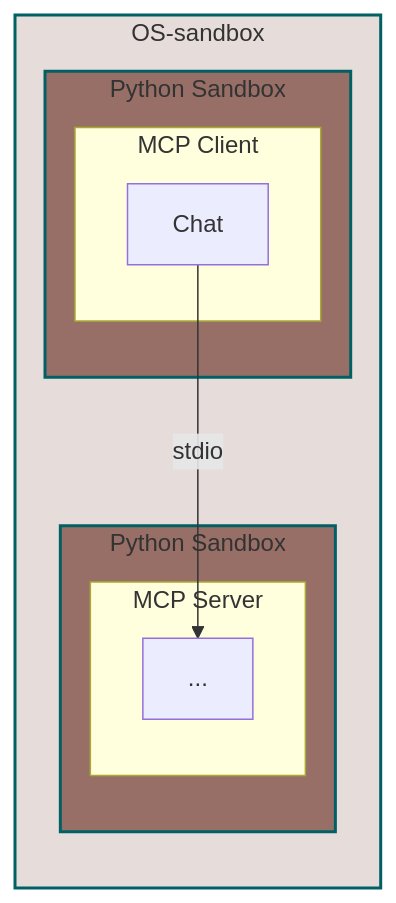
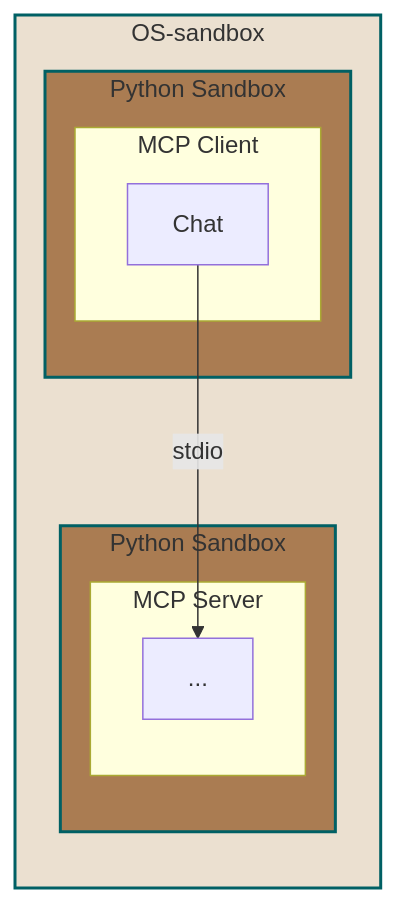
Before and after one commit to pprados/pysandboxes: the third of 3 diagrams in samples/mcp-client/README.md, drawn with Mermaid. The commit also changed other lines of this file and 2 other files, not shown here.

````diff
--- a/samples/mcp-client/README.md
+++ b/samples/mcp-client/README.md
@@ -147,23 +147,23 @@
     ```mermaid
     flowchart TD
         subgraph OSSandbox ["OS-sandbox"]
             direction TB
             subgraph PythonSandbox1 [Python Sandbox]
               subgraph MCPClient ["MCP Client"]
                   D[Chat]
               end
             end   
             subgraph PythonSandbox2 [Python Sandbox]
                 subgraph MCPServer ["MCP Server"]
                    A[...]
                 end
             end
         end
     
         D -- "stdio" --> A
    
         %% 🎨 Style personnalisé pour OSSandbox
-        style OSSandbox fill:#E6DCDA,stroke:#006064,stroke-width:2px
-        style PythonSandbox1 fill:#986F67,stroke:#006064,stroke-width:2px
-        style PythonSandbox2 fill:#986F67,stroke:#006064,stroke-width:2px
+        style OSSandbox fill:#ebe0d0,stroke:#006064,stroke-width:2px
+        style PythonSandbox1 fill:#aa7c52,stroke:#006064,stroke-width:2px
+        style PythonSandbox2 fill:#aa7c52,stroke:#006064,stroke-width:2px
     ```
````
